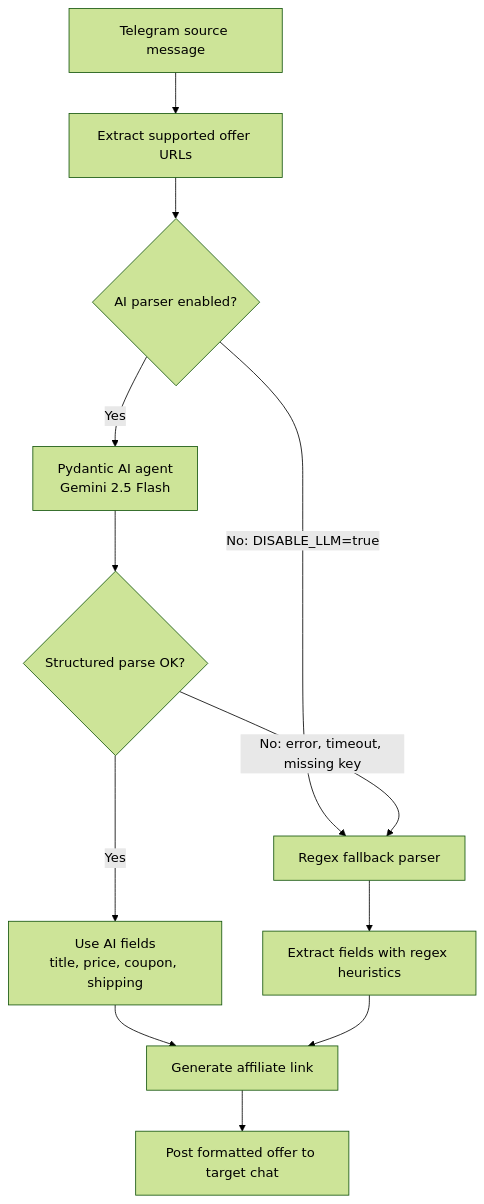
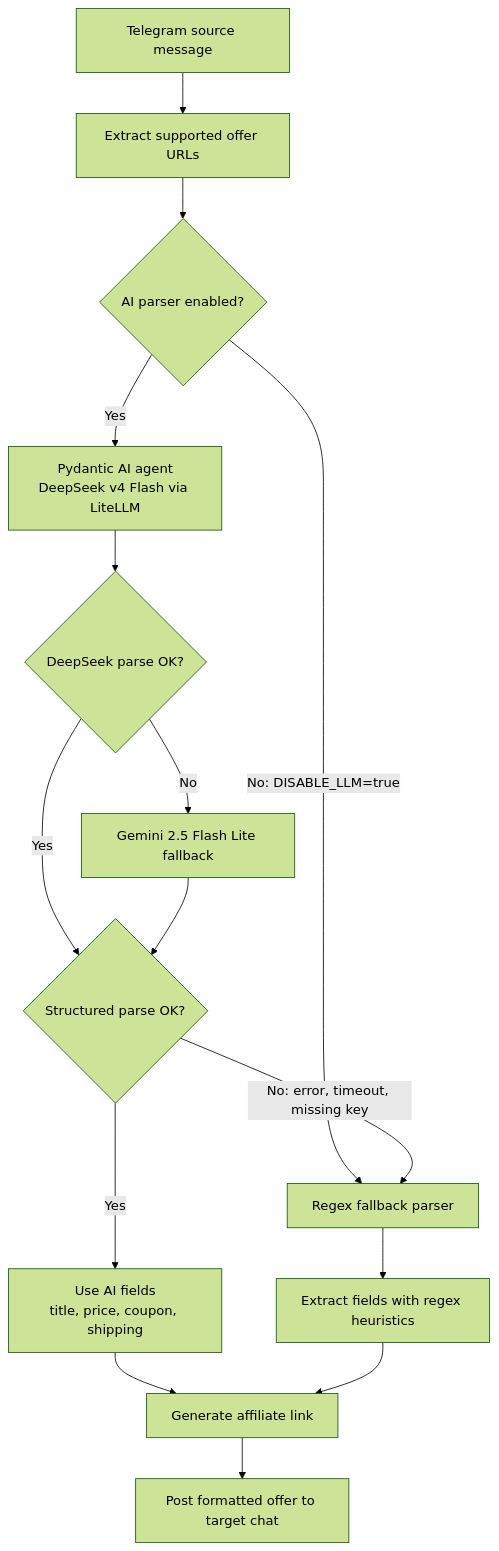
Before and after one commit to vs-machado/offers-bot-automation: the diagram in README.md, drawn with Mermaid (forest theme). The commit also changed other lines of this file and 3 other files, not shown here.

Commit message:
feat(llm): add DeepSeek primary fallback

````diff
--- a/README.md
+++ b/README.md
@@ -11,14 +11,17 @@
 ```mermaid
 flowchart TD
     A[Telegram source message] --> B[Extract supported offer URLs]
     B --> C{AI parser enabled?}
     C -->|No: DISABLE_LLM=true| F[Regex fallback parser]
-    C -->|Yes| D["Pydantic AI agent<br/>Gemini 2.5 Flash"]
-    D --> E{Structured parse OK?}
+    C -->|Yes| D["Pydantic AI agent<br/>DeepSeek v4 Flash via LiteLLM"]
+    D --> K{DeepSeek parse OK?}
+    K -->|No| L["Gemini 2.5 Flash Lite fallback"]
+    K -->|Yes| E{Structured parse OK?}
+    L --> E
     E -->|Yes| G["Use AI fields<br/>title, price, coupon, shipping"]
     E -->|No: error, timeout, missing key| F
     F --> H[Extract fields with regex heuristics]
     G --> I[Generate affiliate link]
     H --> I
     I --> J[Post formatted offer to target chat]
 ```
````
